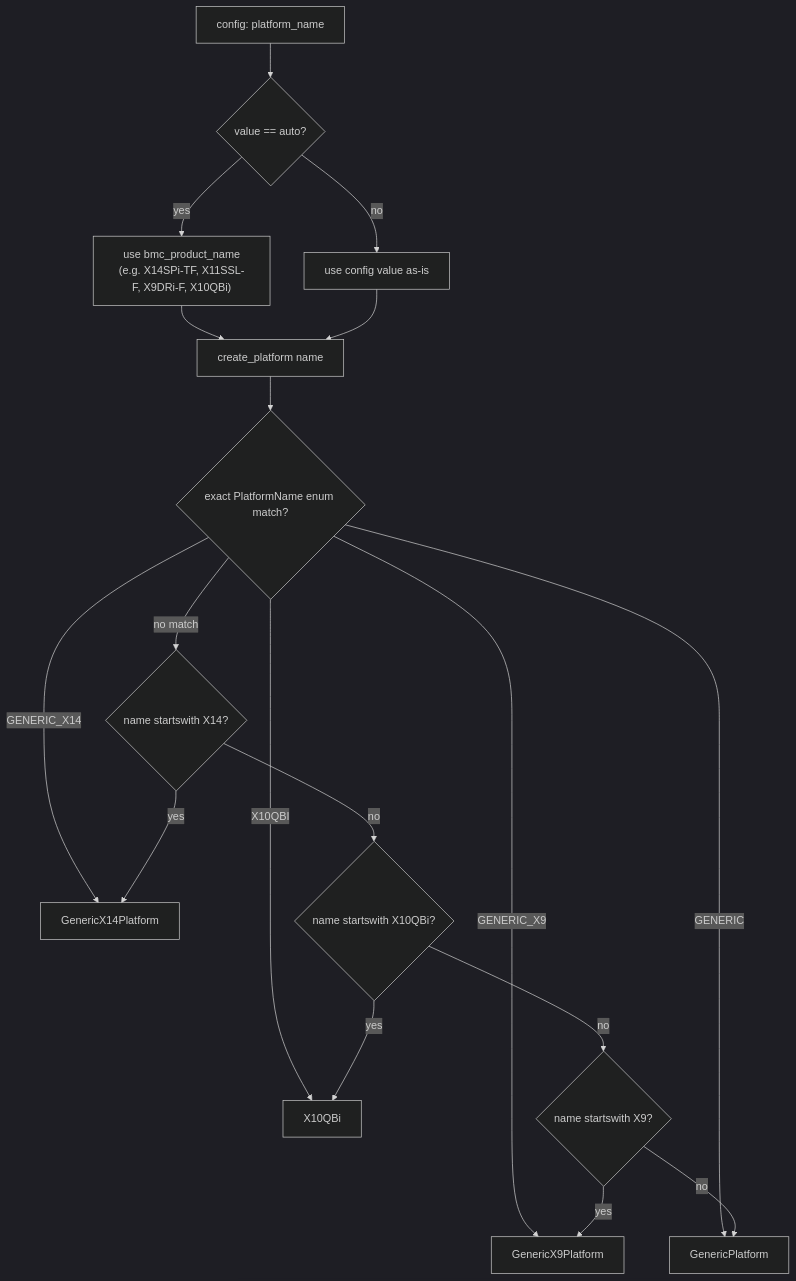
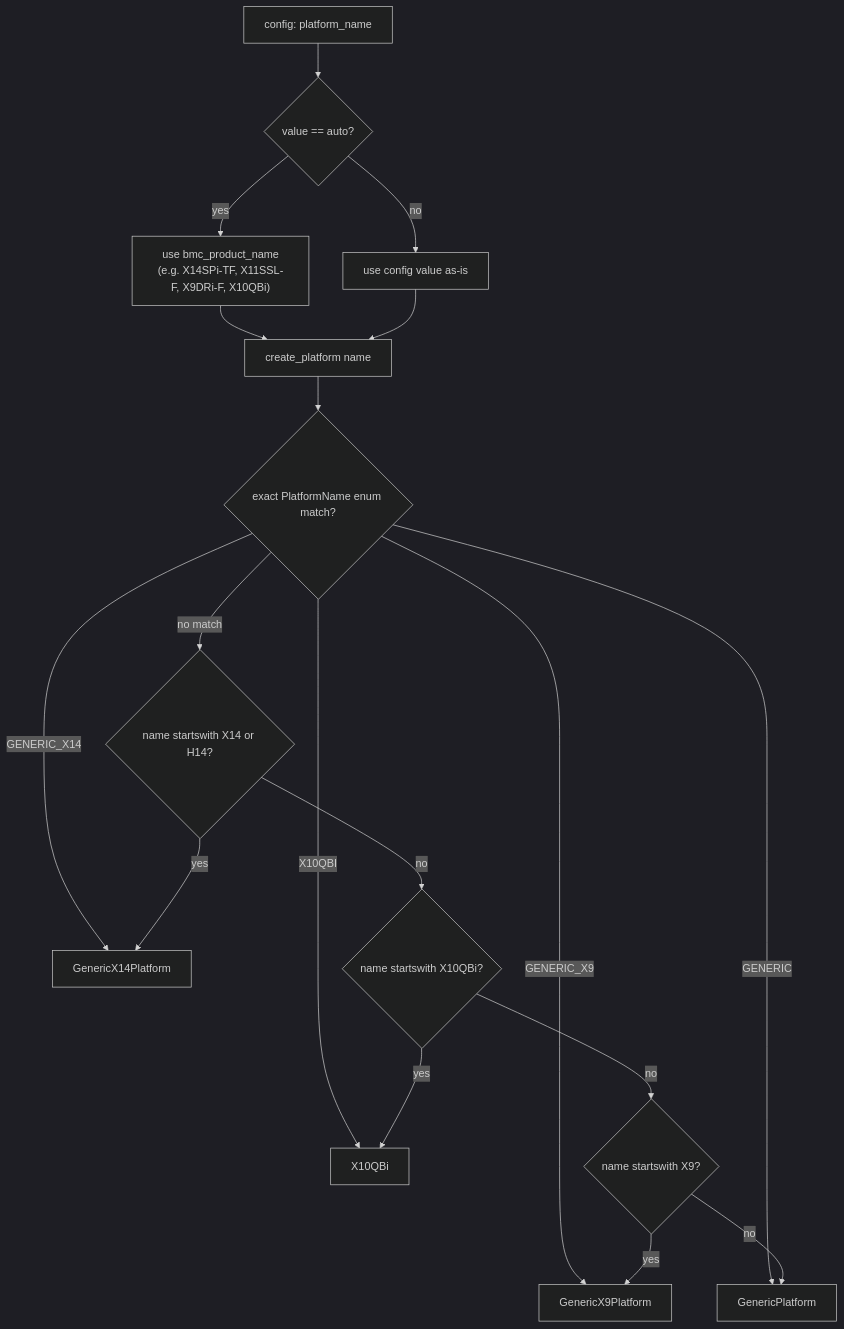
The third of 11 diagrams in ARCHITECTURE.md (petersulyok/smfc), drawn with Mermaid (dark theme) before and after one commit. The commit also changed other lines of this file and 4 other files, not shown here.

````diff
--- a/ARCHITECTURE.md
+++ b/ARCHITECTURE.md
@@ -272,20 +272,20 @@
 ```mermaid
 flowchart TD
     A[config: platform_name] --> B{value == auto?}
     B -- yes --> C["use bmc_product_name<br/>(e.g. X14SPi-TF, X11SSL-F, X9DRi-F, X10QBi)"]
     B -- no --> D[use config value as-is]
     C --> F[create_platform name]
     D --> F
     F --> I{exact PlatformName enum match?}
     I -- GENERIC_X14 --> X14[GenericX14Platform]
     I -- GENERIC_X9 --> X9[GenericX9Platform]
     I -- X10QBI --> XQ[X10QBi]
     I -- GENERIC --> GP[GenericPlatform]
-    I -- no match --> G{name startswith X14?}
+    I -- no match --> G{name startswith X14 or H14?}
     G -- yes --> X14
     G -- no --> J{name startswith X10QBi?}
     J -- yes --> XQ
     J -- no --> H{name startswith X9?}
     H -- yes --> X9
     H -- no --> GP
 ```
````
